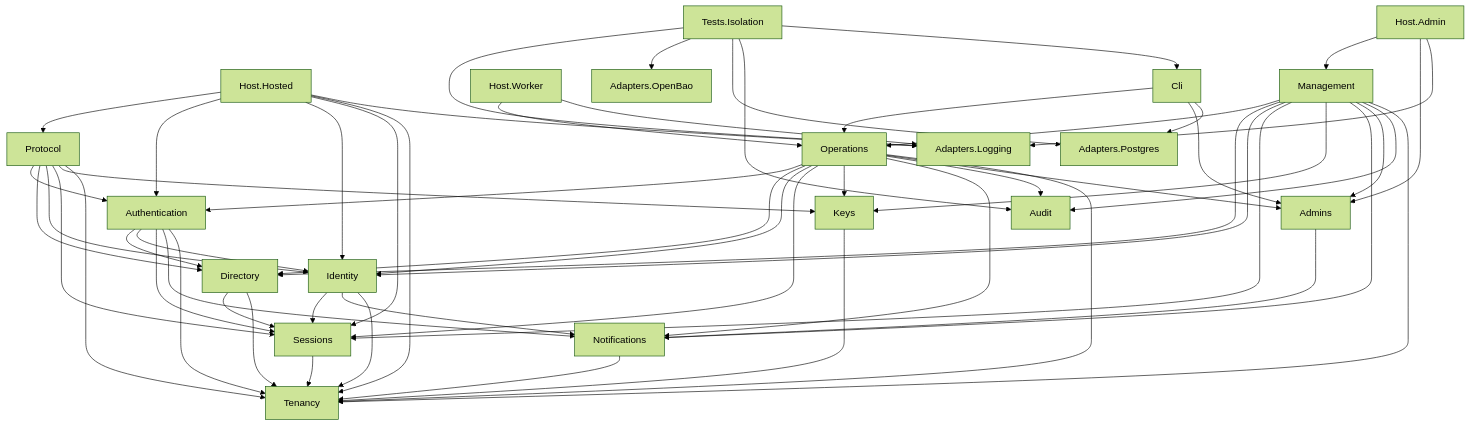
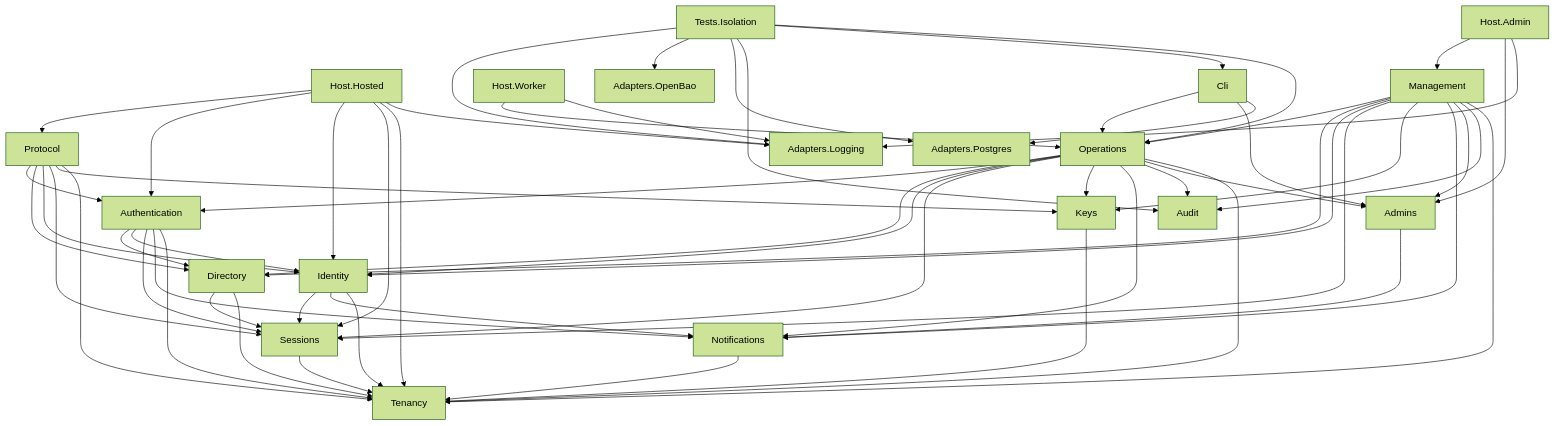
Before and after one commit to shanilmelder/gatekeep: the diagram in docs/architecture/module-dependencies.md, drawn with Mermaid (forest theme). The commit also changed 40 other files, not shown here.

````diff
--- a/docs/architecture/module-dependencies.md
+++ b/docs/architecture/module-dependencies.md
@@ -7,80 +7,81 @@
 ```mermaid
 flowchart TD
   HostHosted[Host.Hosted]
   Protocol[Protocol]
   Authentication[Authentication]
   Identity[Identity]
   Sessions[Sessions]
   Tenancy[Tenancy]
   AdaptersLogging[Adapters.Logging]
   HostAdmin[Host.Admin]
   Management[Management]
   Admins[Admins]
   HostWorker[Host.Worker]
   Operations[Operations]
   Cli[Cli]
   AdaptersPostgres[Adapters.Postgres]
   Directory[Directory]
   Keys[Keys]
   Notifications[Notifications]
   Audit[Audit]
   TestsIsolation[Tests.Isolation]
   AdaptersOpenBao[Adapters.OpenBao]
   HostHosted --> Protocol
   HostHosted --> Authentication
   HostHosted --> Identity
   HostHosted --> Sessions
   HostHosted --> Tenancy
   HostHosted --> AdaptersLogging
   HostAdmin --> Management
   HostAdmin --> Admins
   HostAdmin --> AdaptersLogging
   HostWorker --> Operations
   HostWorker --> AdaptersLogging
   Cli --> Operations
   Cli --> Admins
   Cli --> AdaptersPostgres
   Protocol --> Authentication
   Protocol --> Directory
   Protocol --> Identity
   Protocol --> Sessions
   Protocol --> Keys
   Protocol --> Tenancy
   Authentication --> Directory
   Authentication --> Identity
   Authentication --> Sessions
   Authentication --> Notifications
   Authentication --> Tenancy
   Management --> Operations
   Management --> Directory
   Management --> Identity
   Management --> Sessions
   Management --> Keys
   Management --> Notifications
   Management --> Admins
   Management --> Audit
   Management --> Tenancy
   Operations --> Authentication
   Operations --> Directory
   Operations --> Identity
   Operations --> Sessions
   Operations --> Keys
   Operations --> Notifications
   Operations --> Audit
   Operations --> Admins
   Operations --> Tenancy
   Identity --> Sessions
   Identity --> Notifications
   Identity --> Tenancy
   Directory --> Sessions
   Directory --> Tenancy
   Keys --> Tenancy
   Sessions --> Tenancy
   Notifications --> Tenancy
   Admins --> Notifications
   TestsIsolation --> AdaptersLogging
   TestsIsolation --> AdaptersOpenBao
   TestsIsolation --> AdaptersPostgres
   TestsIsolation --> Audit
   TestsIsolation --> Cli
+  TestsIsolation --> Operations
 ```
````
